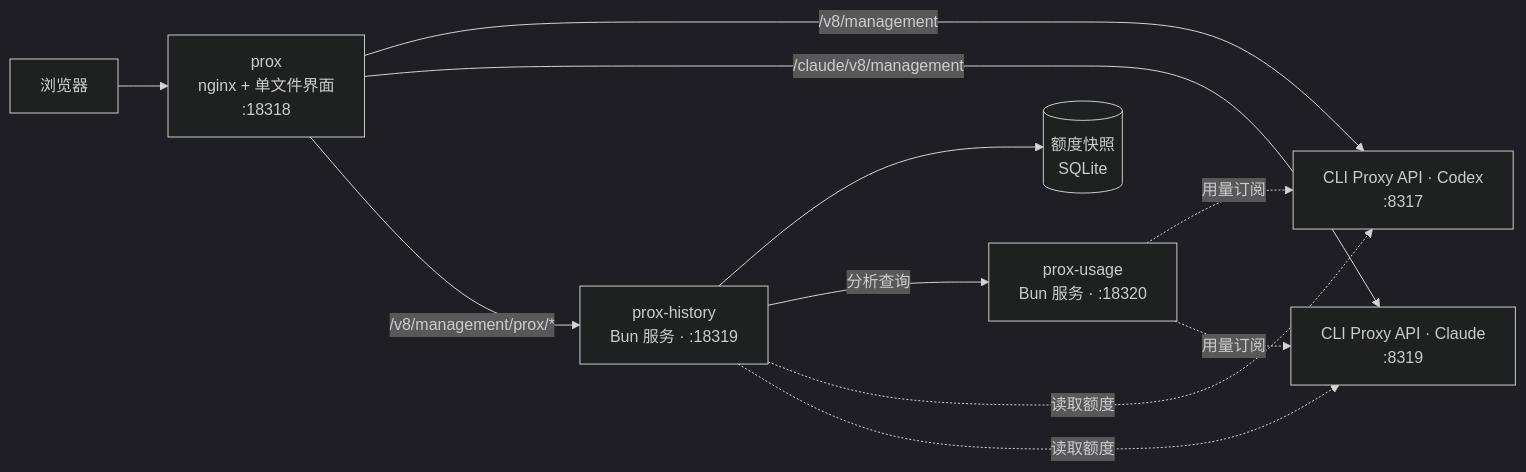
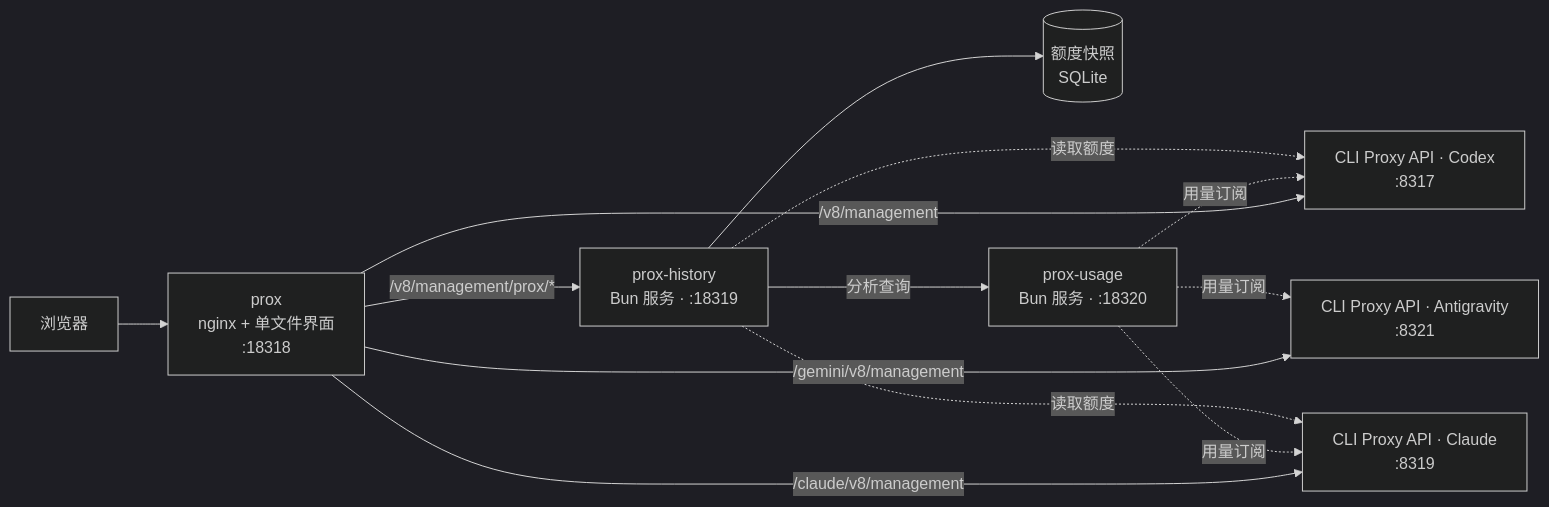
One commit to router-for-me/Cli-Proxy-API-Management-Center changed the diagram in README_CN.md. Above: the diagram before and after it, drawn with Mermaid (dark theme). The commit also changed 8 other files, not shown here.

First line of the commit message:
feat(sources): add the Gemini / Antigravity management source

````diff
--- a/README_CN.md
+++ b/README_CN.md
@@ -71,11 +71,12 @@
 ```mermaid
 flowchart LR
   B[浏览器] --> P["prox<br/>nginx + 单文件界面<br/>:18318"]
   P -->|"/v8/management"| X["CLI Proxy API · Codex<br/>:8317"]
   P -->|"/claude/v8/management"| C["CLI Proxy API · Claude<br/>:8319"]
+  P -->|"/gemini/v8/management"| G["CLI Proxy API · Antigravity<br/>:8321"]
   P -->|"/v8/management/prox/*"| H["prox-history<br/>Bun 服务 · :18319"]
   H --> Q[("额度快照<br/>SQLite")]
   H -->|"分析查询"| U["prox-usage<br/>Bun 服务 · :18320"]
-  U -.->|"用量订阅"| X & C
+  U -.->|"用量订阅"| X & C & G
   H -.->|"读取额度"| X & C
 ```
````
